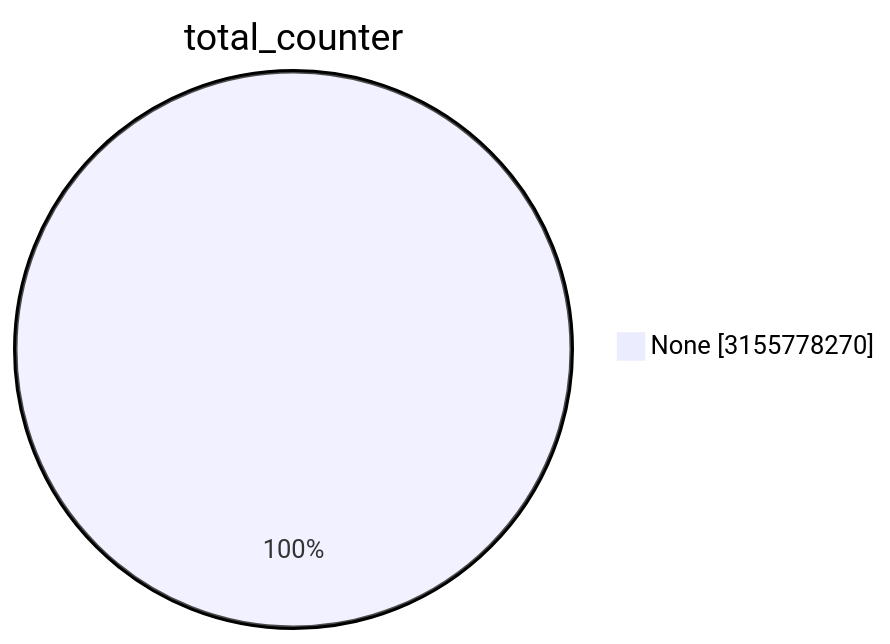
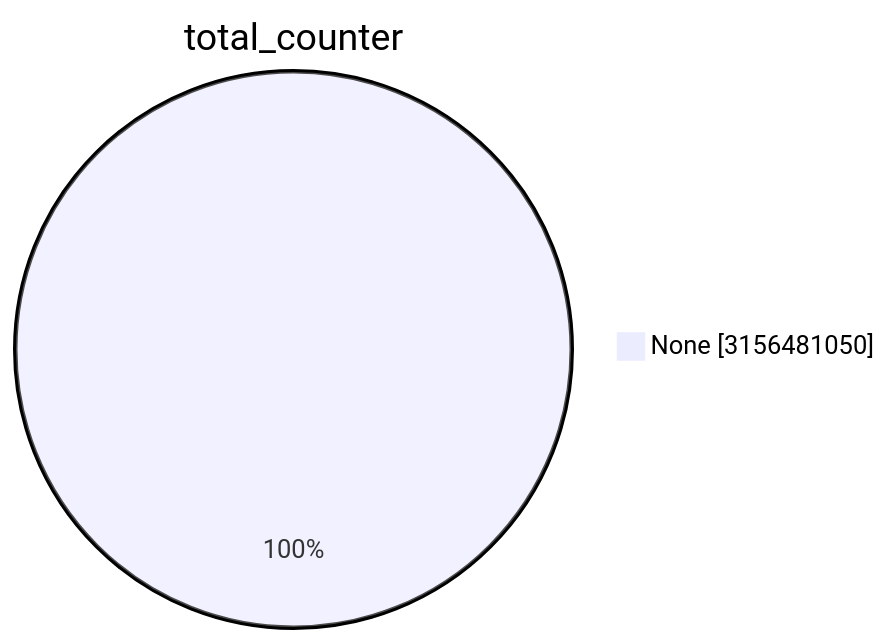
Before and after one commit to christiankrug/ctmonitor_visualization: the first of 15 diagrams in TOTAL/README.md, drawn with Mermaid. The commit also changed other lines of this file, not shown here.

````diff
--- a/TOTAL/README.md
+++ b/TOTAL/README.md
@@ -1,5 +1,5 @@
 ```mermaid
 pie showData
 title total_counter
-"None" :3155778270
+"None" :3156481050
 ```
````
